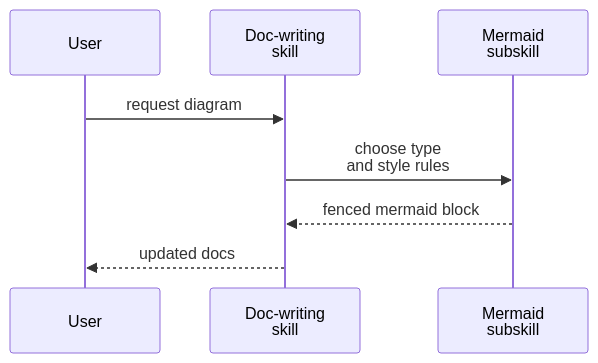
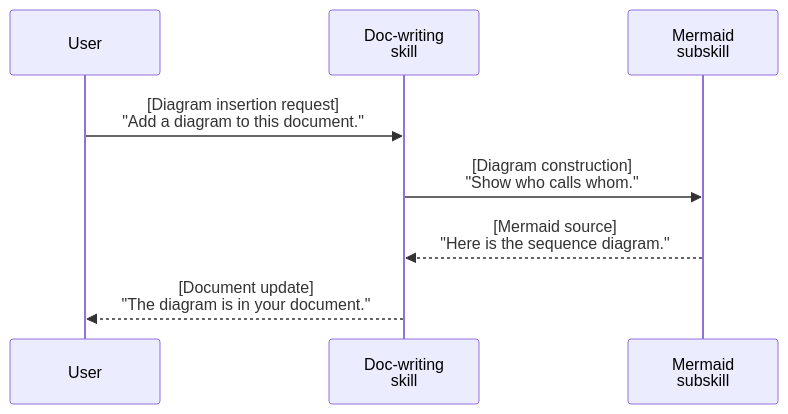
The fourth of 12 diagrams in domain/imsight-skills/imsight-doc-writing/commands/mermaid-graphing.md (igamenovoer/domain-skills), drawn with Mermaid before and after one commit. The commit also changed other lines of this file and 2 other files, not shown here.

Commit message:
docs(doc-writing): default sequence messages to technical-plus-chat style

````diff
--- a/domain/imsight-skills/imsight-doc-writing/commands/mermaid-graphing.md
+++ b/domain/imsight-skills/imsight-doc-writing/commands/mermaid-graphing.md
@@ -99,10 +111,10 @@
 ```mermaid
 sequenceDiagram
     participant U as User
     participant D as Doc-writing<br/>skill
     participant M as Mermaid<br/>subskill
-    U->>D: request diagram
-    D->>M: choose type<br/>and style rules
-    M-->>D: fenced mermaid block
-    D-->>U: updated docs
+    U->>D: [Diagram insertion request]<br/>"Add a diagram to this document."
+    D->>M: [Diagram construction]<br/>"Show who calls whom."
+    M-->>D: [Mermaid source]<br/>"Here is the sequence diagram."
+    D-->>U: [Document update]<br/>"The diagram is in your document."
 ```
````
